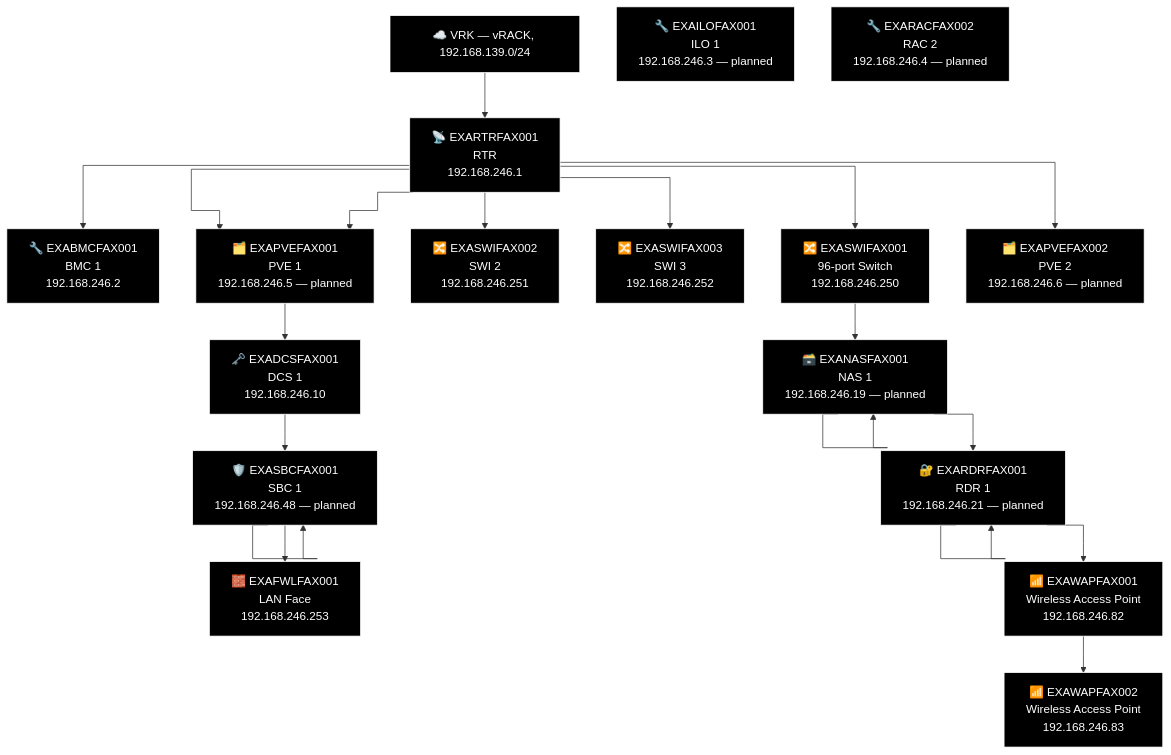
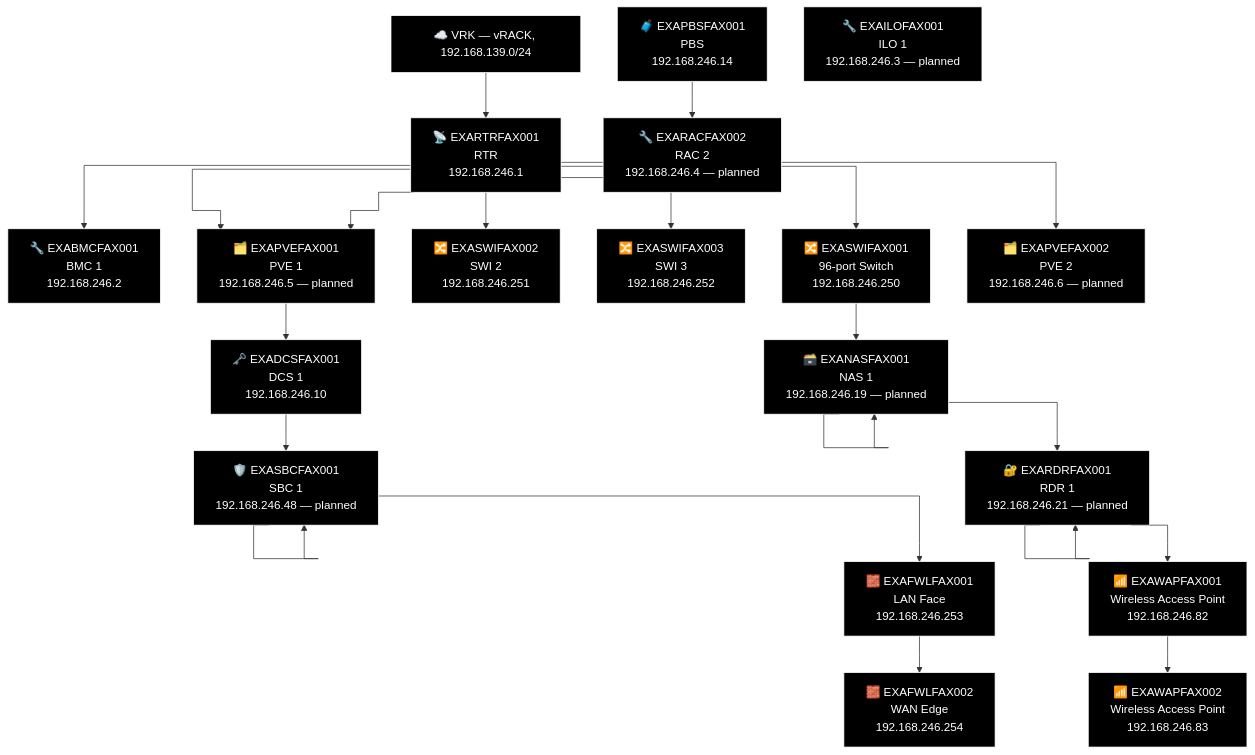
One commit to knightmare2600/example_music_infra changed diagram 11 of 23 in docs/network-diagram/danmark.md. Above: the diagram before and after it, drawn with Mermaid. The commit also changed other lines of this file and 14 other files, not shown here.

First line of the commit message:
docs/network-diagram: regenerate, every site was missing its PBS node

````diff
--- a/docs/network-diagram/danmark.md
+++ b/docs/network-diagram/danmark.md
@@ -563,58 +570,63 @@
 ```mermaid
 %% GENERATED:TOPOLOGY:FAX:START
 %%{init: {'flowchart': {'curve': 'stepAfter'}}}%%
 graph TD
     T_VRK["☁️ VRK — vRACK, 192.168.139.0/24"]
     T_RTR["📡 EXARTRFAX001<br/>RTR<br/>192.168.246.1"]
     T_VRK --> T_RTR
     T_BMC["🔧 EXABMCFAX001<br/>BMC 1<br/>192.168.246.2"]
     T_RTR --> T_BMC
     T_PVE["🗂️ EXAPVEFAX001<br/>PVE 1<br/>192.168.246.5"]
     T_RTR --> T_PVE
     T_SWI["🔀 EXASWIFAX002<br/>SWI 2<br/>192.168.246.251"]
     T_RTR --> T_SWI
     T_SWI2["🔀 EXASWIFAX003<br/>SWI 3<br/>192.168.246.252"]
     T_RTR --> T_SWI2
     T_SWI3["🔀 EXASWIFAX001<br/>96-port Switch<br/>192.168.246.250"]
     T_RTR --> T_SWI3
     T_PVE["🗂️ EXAPVEFAX001<br/>PVE 1<br/>192.168.246.5 — planned"]
     T_RTR --> T_PVE
     T_PVE2["🗂️ EXAPVEFAX002<br/>PVE 2<br/>192.168.246.6 — planned"]
     T_RTR --> T_PVE2
     T_NAS["🗃️ EXANASFAX001<br/>NAS<br/>192.168.246.19"]
     T_NAS["🗃️ EXANASFAX001<br/>NAS 1<br/>192.168.246.19 — planned"]
     T_RDR["🔐 EXARDRFAX001<br/>RDR<br/>192.168.246.21"]
     T_RDR["🔐 EXARDRFAX001<br/>RDR 1<br/>192.168.246.21 — planned"]
     T_WAP["📶 EXAWAPFAX001<br/>Wireless Access Point<br/>192.168.246.82"]
     T_WAP2["📶 EXAWAPFAX002<br/>Wireless Access Point<br/>192.168.246.83"]
     T_SWI3 --> T_NAS --> T_NAS --> T_RDR --> T_RDR --> T_WAP --> T_WAP2
     T_DCS["🗝️ EXADCSFAX001<br/>DCS 1<br/>192.168.246.10"]
     T_SBC["🛡️ EXASBCFAX001<br/>SBC<br/>192.168.246.48"]
     T_SBC["🛡️ EXASBCFAX001<br/>SBC 1<br/>192.168.246.48 — planned"]
     T_FWL["🧱 EXAFWLFAX001<br/>LAN Face<br/>192.168.246.253"]
-    T_PVE --> T_DCS --> T_SBC --> T_SBC --> T_FWL
+    T_FWL2["🧱 EXAFWLFAX002<br/>WAN Edge<br/>192.168.246.254"]
+    T_PVE --> T_DCS --> T_SBC --> T_SBC --> T_FWL --> T_FWL2
+    T_PBS["🧳 EXAPBSFAX001<br/>PBS<br/>192.168.246.14"]
     T_ILO["🔧 EXAILOFAX001<br/>ILO 1<br/>192.168.246.3 — planned"]
     T_RAC["🔧 EXARACFAX002<br/>RAC 2<br/>192.168.246.4 — planned"]
+    T_PBS --> T_RAC
     style T_VRK fill:#000000,stroke:#FFFFFF,color:#FFFFFF
     style T_RTR fill:#000000,stroke:#FFFFFF,color:#FFFFFF
     style T_BMC fill:#000000,stroke:#FFFFFF,color:#FFFFFF
     style T_PVE fill:#000000,stroke:#FFFFFF,color:#FFFFFF
     style T_SWI fill:#000000,stroke:#FFFFFF,color:#FFFFFF
     style T_SWI2 fill:#000000,stroke:#FFFFFF,color:#FFFFFF
     style T_SWI3 fill:#000000,stroke:#FFFFFF,color:#FFFFFF
     style T_PVE fill:#000000,stroke:#FFFFFF,color:#FFFFFF
     style T_PVE2 fill:#000000,stroke:#FFFFFF,color:#FFFFFF
     style T_NAS fill:#000000,stroke:#FFFFFF,color:#FFFFFF
     style T_NAS fill:#000000,stroke:#FFFFFF,color:#FFFFFF
     style T_RDR fill:#000000,stroke:#FFFFFF,color:#FFFFFF
     style T_RDR fill:#000000,stroke:#FFFFFF,color:#FFFFFF
     style T_WAP fill:#000000,stroke:#FFFFFF,color:#FFFFFF
     style T_WAP2 fill:#000000,stroke:#FFFFFF,color:#FFFFFF
     style T_DCS fill:#000000,stroke:#FFFFFF,color:#FFFFFF
     style T_SBC fill:#000000,stroke:#FFFFFF,color:#FFFFFF
     style T_SBC fill:#000000,stroke:#FFFFFF,color:#FFFFFF
     style T_FWL fill:#000000,stroke:#FFFFFF,color:#FFFFFF
+    style T_FWL2 fill:#000000,stroke:#FFFFFF,color:#FFFFFF
+    style T_PBS fill:#000000,stroke:#FFFFFF,color:#FFFFFF
     style T_ILO fill:#000000,stroke:#FFFFFF,color:#FFFFFF
     style T_RAC fill:#000000,stroke:#FFFFFF,color:#FFFFFF
 %% GENERATED:TOPOLOGY:FAX:END
 ```
````
